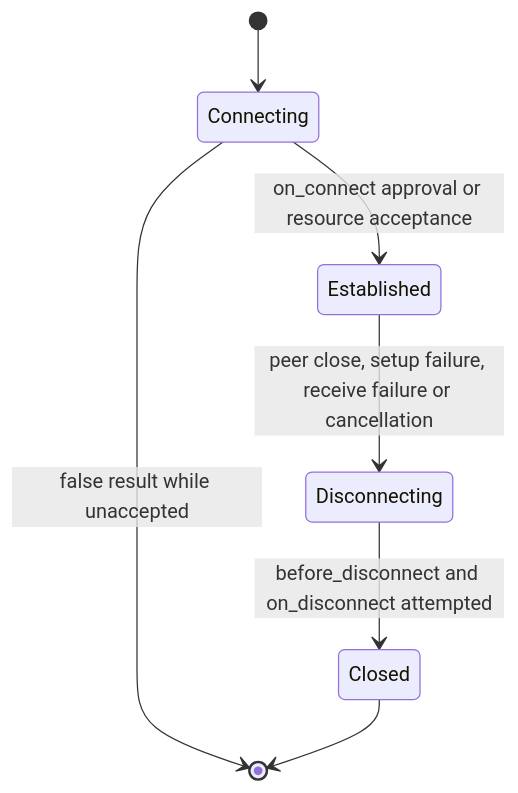
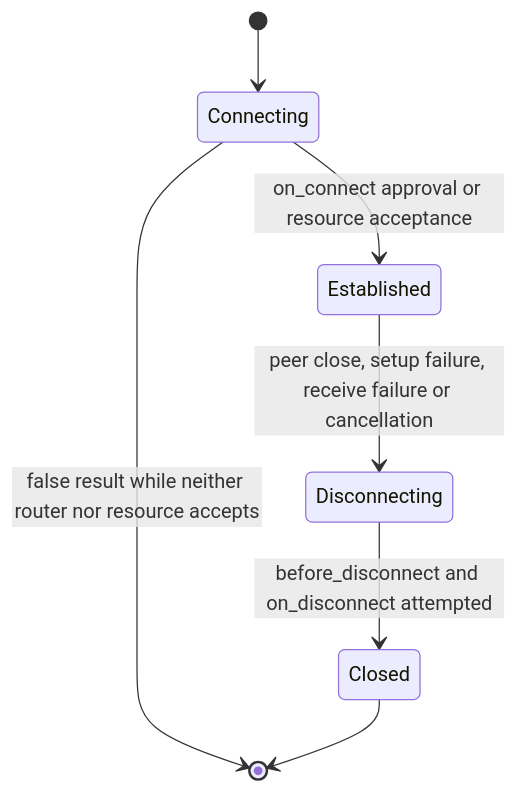
The first of 20 diagrams in docs/falcon-websocket-extension-design.md (leynos/falcon-pachinko), drawn with Mermaid before and after one commit.

Commit message:
Clarify rejected WebSocket lifecycle edge (#177)
Distinguish a false `on_connect` result with resource-owned acceptance from a
rejected handshake in the lifecycle diagram. Keep the design view aligned
with the accepted-session cleanup contract.

````diff
--- a/docs/falcon-websocket-extension-design.md
+++ b/docs/falcon-websocket-extension-design.md
@@ -100,16 +100,17 @@
 ```mermaid
 stateDiagram-v2
     accTitle: WebSocket session state transitions
     accDescr {
         Approval or resource-owned acceptance promises cleanup. An unaccepted
-        rejection returns without cleanup. Peer closure, failure or
-        cancellation moves the established session through one cleanup phase.
+        false result returns without cleanup only when the resource did not
+        accept during on_connect. Peer closure, failure or cancellation moves
+        an established session through one cleanup phase.
     }
 
     [*] --> Connecting
     Connecting --> Established: on_connect approval or resource acceptance
-    Connecting --> [*]: false result while unaccepted
+    Connecting --> [*]: false result while neither router nor resource accepts
     Established --> Disconnecting: peer close, setup failure, receive failure or cancellation
     Disconnecting --> Closed: before_disconnect and on_disconnect attempted
     Closed --> [*]
 ```
````
